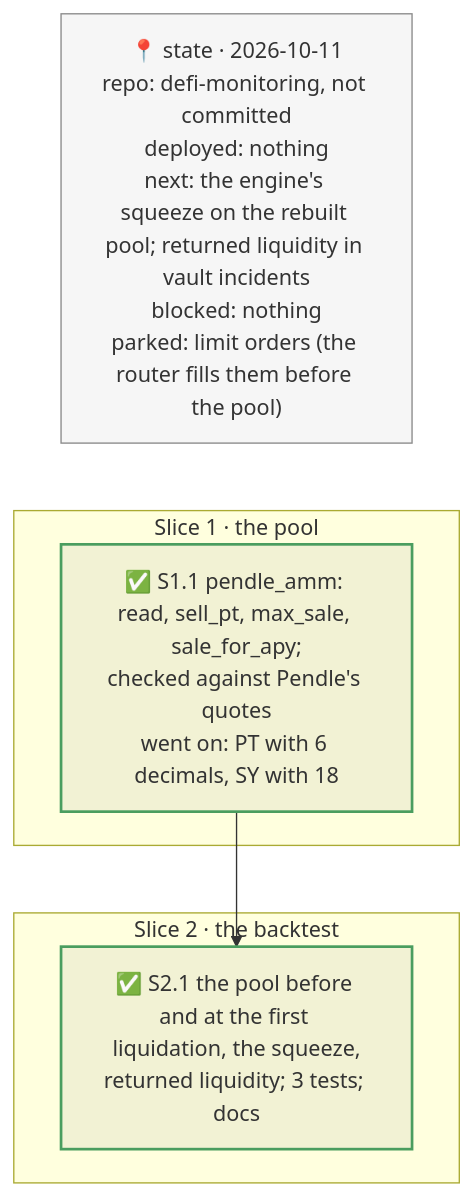
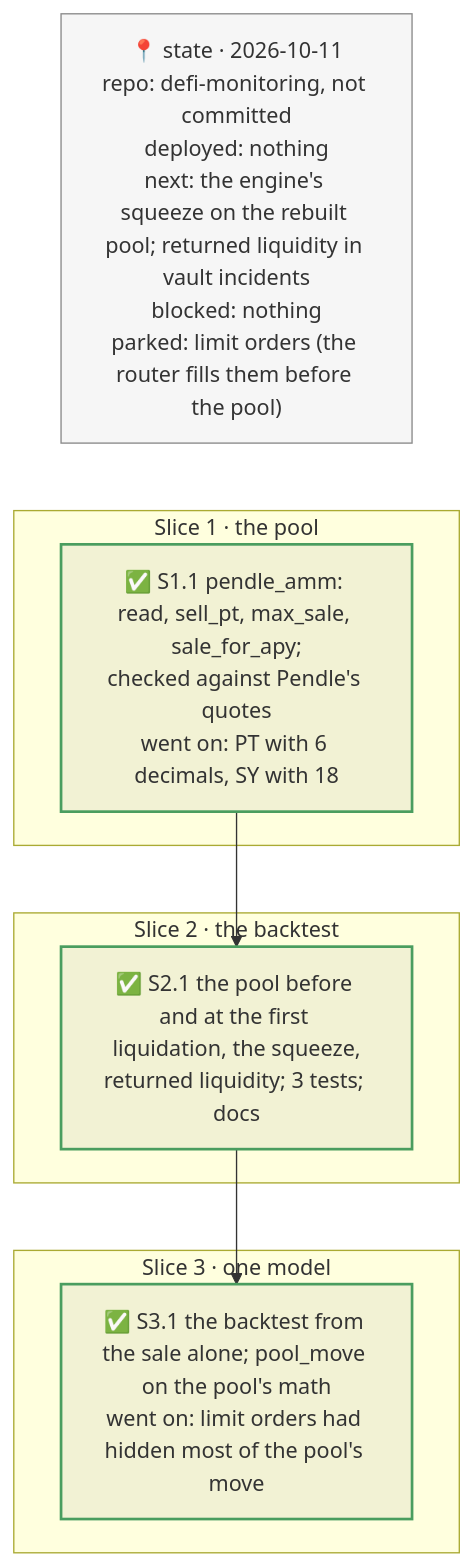
Before and after one commit to rya-sge/defi-monitoring: the diagram in plan/2026-10-11-pendle-pool.plan.md, drawn with Mermaid. The commit also changed other lines of this file and 13 other files, not shown here.

Commit message:
feat: predict the PT-reUSD liquidations from the pool sale alone and price pool_move with Pendle's own pool math instead of API quotes

````diff
--- a/plan/2026-10-11-pendle-pool.plan.md
+++ b/plan/2026-10-11-pendle-pool.plan.md
@@ -11,21 +11,26 @@
 ```mermaid
 flowchart TB
   %% tracker
   ST["📍 state · 2026-10-11<br/>repo: defi-monitoring, not committed<br/>deployed: nothing<br/>next: the engine's squeeze on the rebuilt pool; returned liquidity in vault incidents<br/>blocked: nothing<br/>parked: limit orders (the router fills them before the pool)"]
 
   subgraph SL1["Slice 1 · the pool"]
     S1.1["✅ S1.1 pendle_amm: read, sell_pt, max_sale, sale_for_apy;<br/>checked against Pendle's quotes<br/>went on: PT with 6 decimals, SY with 18"]
   end
 
   subgraph SL2["Slice 2 · the backtest"]
     S2.1["✅ S2.1 the pool before and at the first liquidation, the squeeze,<br/>returned liquidity; 3 tests; docs"]
   end
 
+  subgraph SL3["Slice 3 · one model"]
+    S3.1["✅ S3.1 the backtest from the sale alone; pool_move on the pool's math<br/>went on: limit orders had hidden most of the pool's move"]
+  end
+
   ST ~~~ S1.1
   S1.1 --> S2.1
+  S2.1 --> S3.1
 
   classDef done stroke:#4a9d5f,stroke-width:2px,fill:#7f7f7f1a
   classDef state stroke:#8a8a8a,stroke-width:1px,fill:#7f7f7f12
-  class S1.1,S2.1 done
+  class S1.1,S2.1,S3.1 done
   class ST state
 ```
````
